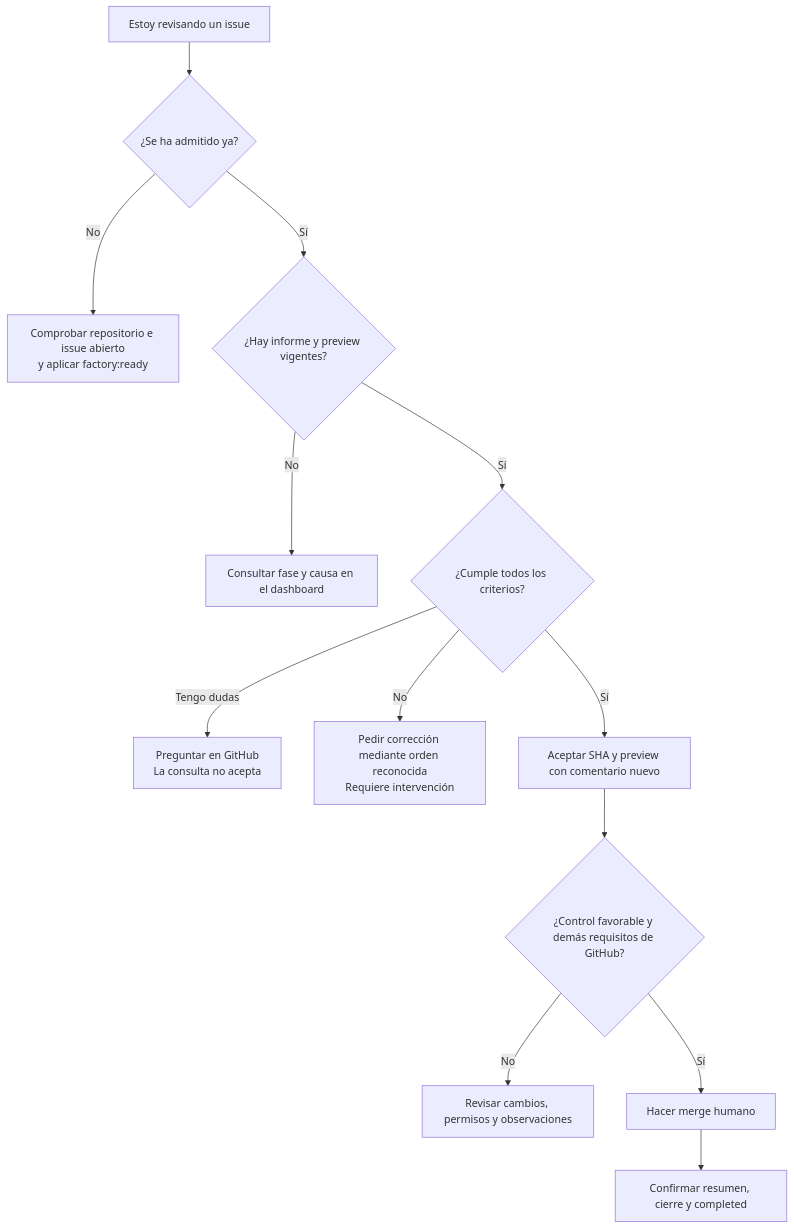
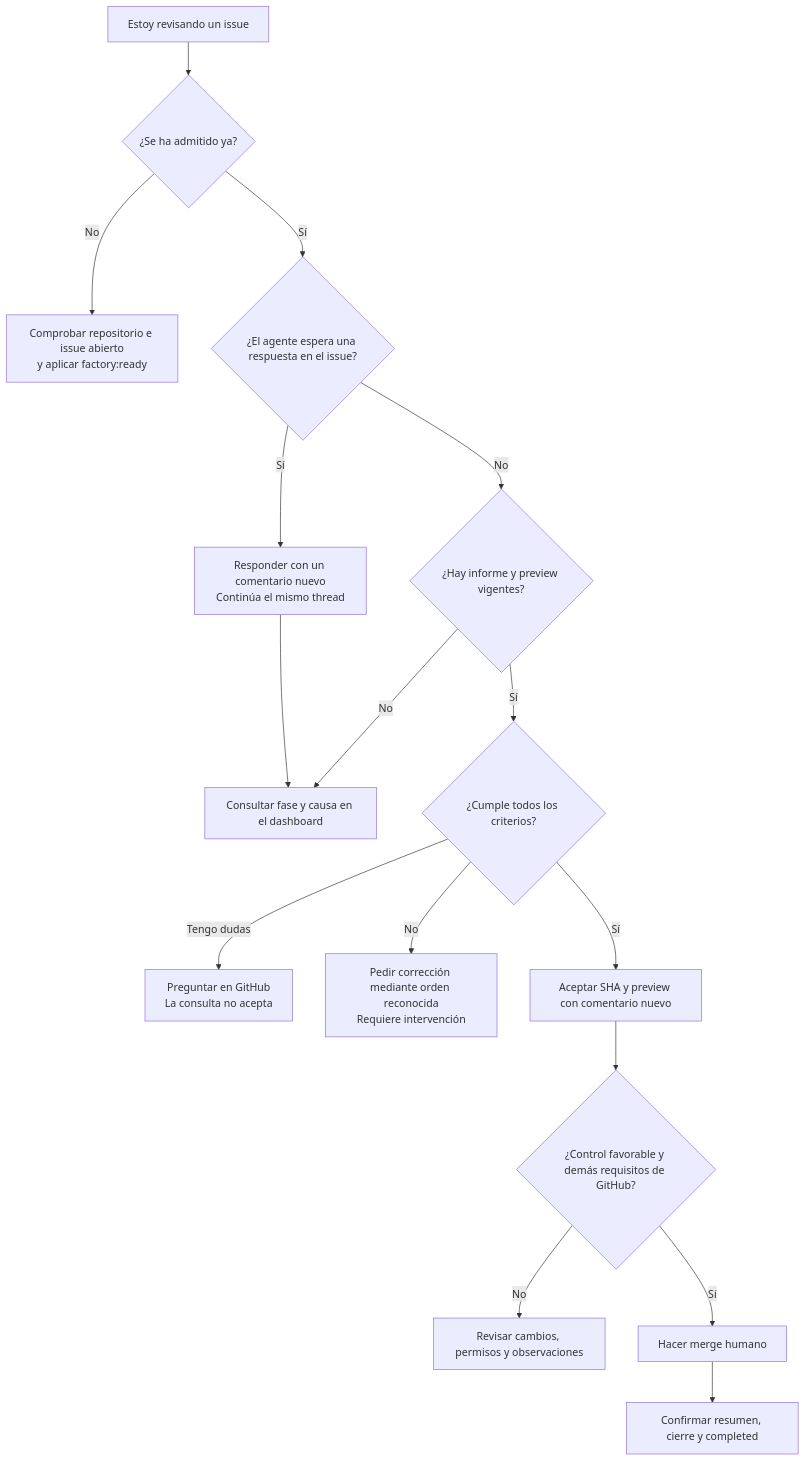
Before and after one commit to rubenbp/app-foundry: the diagram in docs/manual/06-guia-de-un-issue.md, drawn with Mermaid. The commit also changed other lines of this file and 10 other files, not shown here.

````diff
--- a/docs/manual/06-guia-de-un-issue.md
+++ b/docs/manual/06-guia-de-un-issue.md
@@ -30,15 +30,18 @@
 ```mermaid
 flowchart TD
     R["Estoy revisando un issue"] --> A{"¿Se ha admitido ya?"}
     A -->|"No"| P["Comprobar repositorio e issue abierto<br/>y aplicar factory:ready"]
-    A -->|"Sí"| C{"¿Hay informe y preview vigentes?"}
+    A -->|"Sí"| W{"¿El agente espera una respuesta en el issue?"}
+    W -->|"Sí"| J["Responder con un comentario nuevo<br/>Continúa el mismo thread"]
+    J --> E["Consultar fase y causa en el dashboard"]
+    W -->|"No"| C{"¿Hay informe y preview vigentes?"}
     C -->|"No"| E["Consultar fase y causa en el dashboard"]
     C -->|"Sí"| B{"¿Cumple todos los criterios?"}
     B -->|"Tengo dudas"| Q["Preguntar en GitHub<br/>La consulta no acepta"]
     B -->|"No"| X["Pedir corrección mediante orden reconocida<br/>Requiere intervención"]
     B -->|"Sí"| H["Aceptar SHA y preview con comentario nuevo"]
     H --> G{"¿Control favorable y demás requisitos de GitHub?"}
     G -->|"No"| V["Revisar cambios, permisos y observaciones"]
     G -->|"Sí"| M["Hacer merge humano"]
     M --> F["Confirmar resumen, cierre y completed"]
 ```
````
